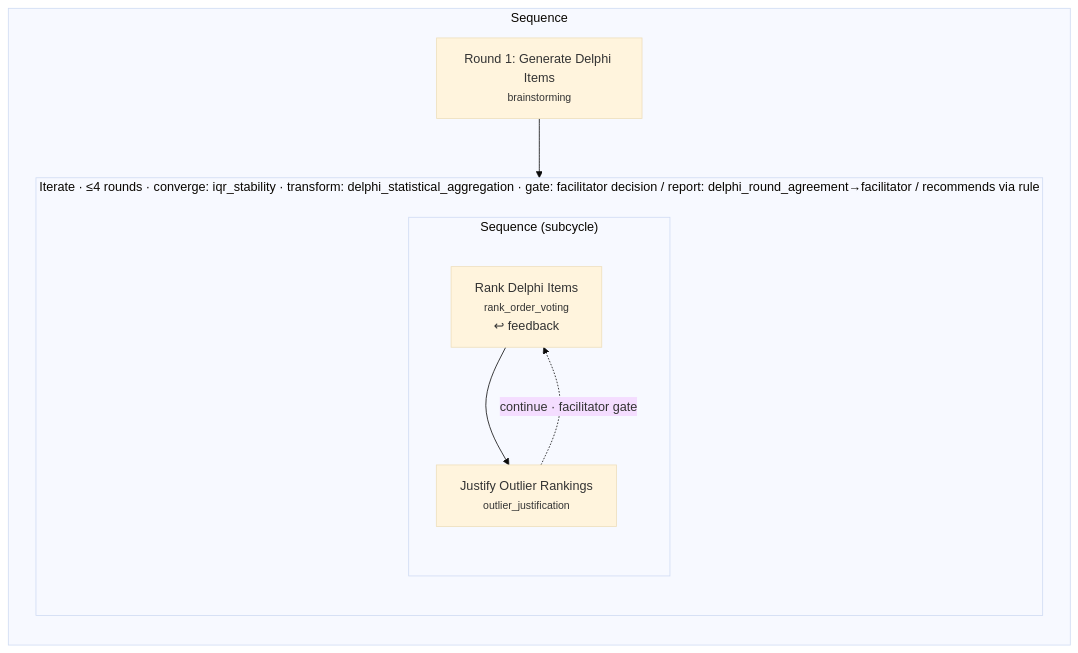
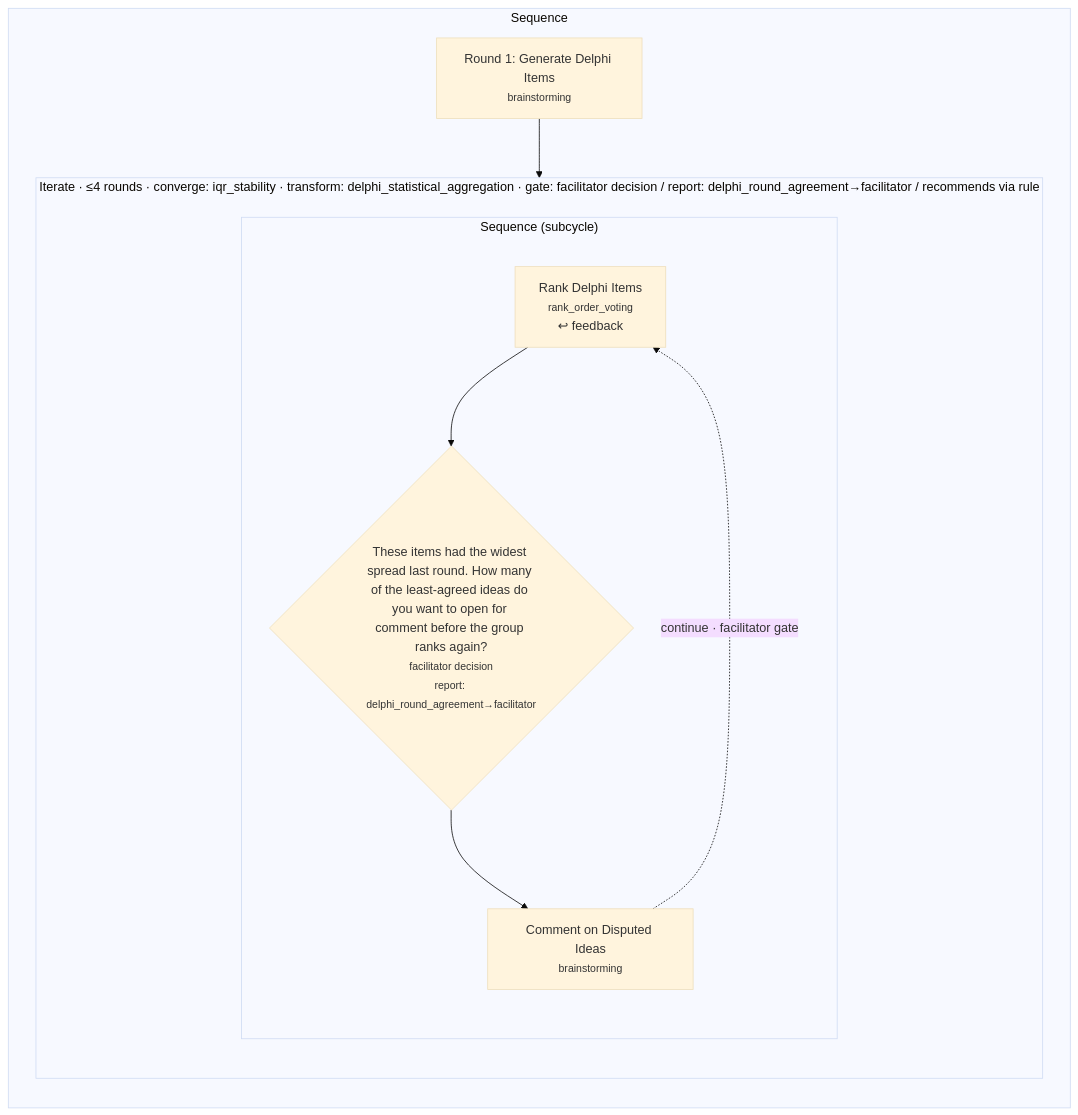
Before and after one commit to JohnKruse/decidero_gdss_public: the diagram in docs/figures/delphi.mmd, drawn with Mermaid (base theme). The commit also changed 10 other files, not shown here.

First line of the commit message:
Deprecate bespoke outlier_justification; refresh Delphi docs/figures (Stage D)

```diff
--- a/docs/figures/delphi.mmd
+++ b/docs/figures/delphi.mmd
@@ -1,17 +1,19 @@
 flowchart TD
     subgraph c0["Sequence"]
         direction TB
         n0_0["Round 1: Generate Delphi Items<br/><small>brainstorming</small>"]
         subgraph c0_1["Iterate · ≤4 rounds · converge: iqr_stability · transform: delphi_statistical_aggregation · gate: facilitator decision / report: delphi_round_agreement→facilitator / recommends via rule"]
             direction TB
             subgraph c0_1_0["Sequence (subcycle)"]
                 direction TB
                 n0_1_0_0["Rank Delphi Items<br/><small>rank_order_voting</small><br/>↩ feedback"]
-                n0_1_0_1["Justify Outlier Rankings<br/><small>outlier_justification</small>"]
+                n0_1_0_1{"These items had the widest spread last round. How many of the least-agreed ideas do you want to open for comment before the group ranks again?<br/><small>facilitator decision</small><br/><small>report: delphi_round_agreement→facilitator</small>"}
+                n0_1_0_2["Comment on Disputed Ideas<br/><small>brainstorming</small>"]
             end
         end
     end
 
     n0_1_0_0 --> n0_1_0_1
-    n0_1_0_1 -. "continue · facilitator gate" .-> n0_1_0_0
+    n0_1_0_1 --> n0_1_0_2
+    n0_1_0_2 -. "continue · facilitator gate" .-> n0_1_0_0
     n0_0 --> n0_1_0_0
```
